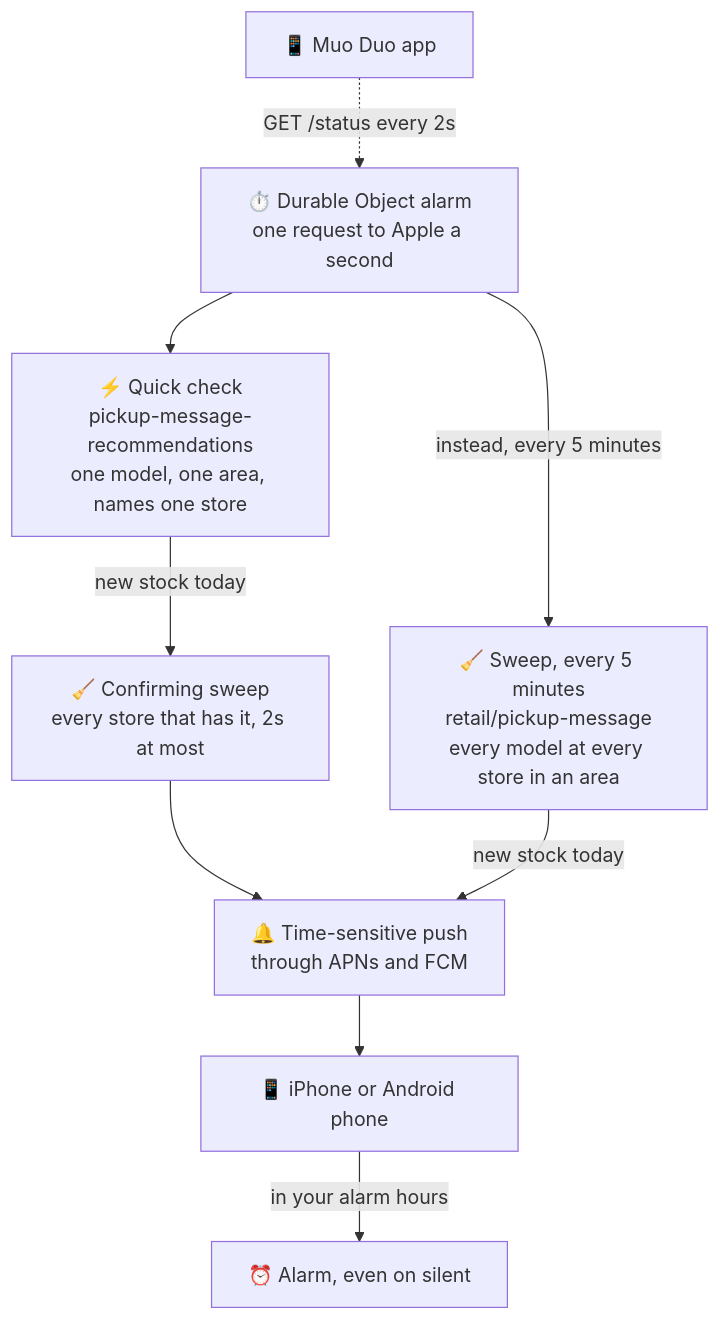
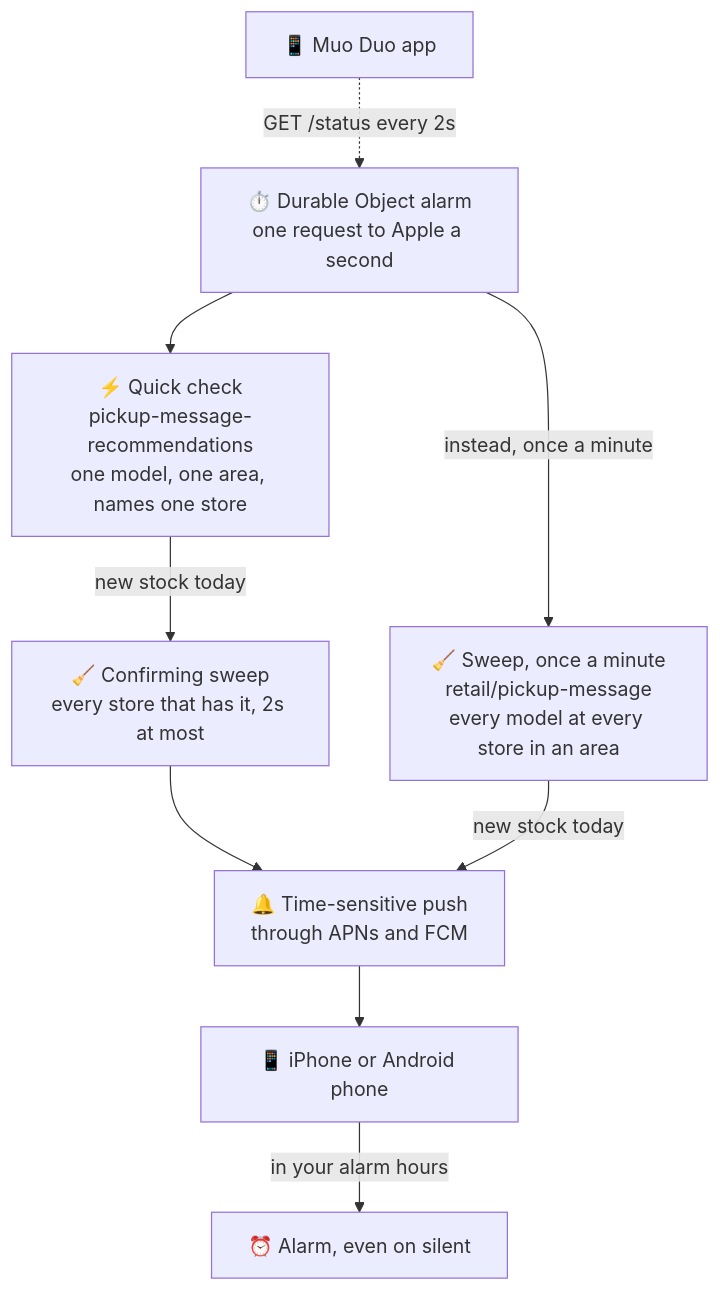
The diagram in README.md (barclayd/muo-duo), drawn with Mermaid before and after one commit. The commit also changed other lines of this file and 3 other files, not shown here.

First line of the commit message:
Sweep one area every minute again

````diff
--- a/README.md
+++ b/README.md
@@ -111,20 +111,20 @@
 ```mermaid
 flowchart TD
     tick["⏱️ Durable Object alarm<br>one request to Apple a second"]
     quick["⚡ Quick check<br>pickup-message-recommendations<br>one model, one area, names one store"]
-    sweep["🧹 Sweep, every 5 minutes<br>retail/pickup-message<br>every model at every store in an area"]
+    sweep["🧹 Sweep, once a minute<br>retail/pickup-message<br>every model at every store in an area"]
     confirm["🧹 Confirming sweep<br>every store that has it, 2s at most"]
     push["🔔 Time-sensitive push<br>through APNs and FCM"]
     phone["📱 iPhone or Android phone"]
     ring["⏰ Alarm, even on silent"]
     app["📱 Muo Duo app"]
 
     tick --> quick
-    tick -->|"instead, every 5 minutes"| sweep
+    tick -->|"instead, once a minute"| sweep
     quick -->|"new stock today"| confirm
     confirm --> push
     sweep -->|"new stock today"| push
     push --> phone
     phone -->|"in your alarm hours"| ring
     app -.->|"GET /status every 2s"| tick
 ```
````
